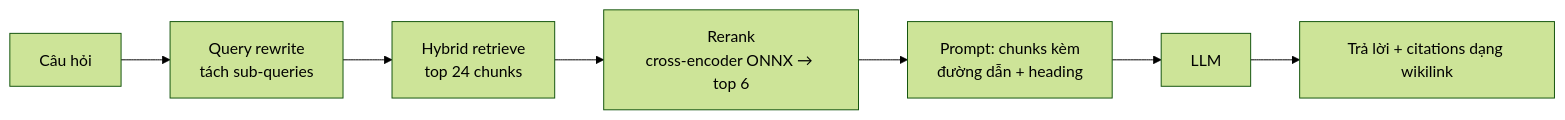
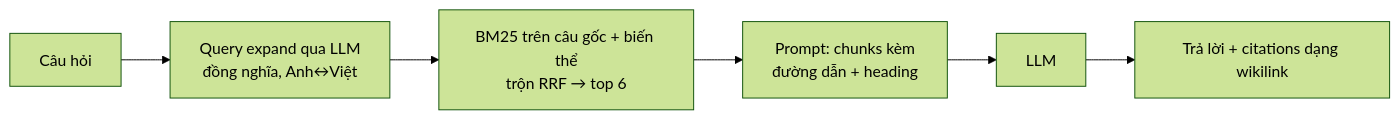
Before and after one commit to ngocp-0847/second-brain: the second of 2 diagrams in ARCHITECTURE.md, drawn with Mermaid (forest theme). The commit also changed other lines of this file and 39 other files, not shown here.

````diff
--- a/ARCHITECTURE.md
+++ b/ARCHITECTURE.md
@@ -208,9 +204,8 @@
 ```mermaid
 flowchart LR
-    Q[Câu hỏi] --> RW[Query rewrite<br/>tách sub-queries]
-    RW --> R[Hybrid retrieve<br/>top 24 chunks]
-    R --> RR[Rerank<br/>cross-encoder ONNX → top 6]
-    RR --> P[Prompt: chunks kèm<br/>đường dẫn + heading]
+    Q[Câu hỏi] --> RW[Query expand qua LLM<br/>đồng nghĩa, Anh↔Việt]
+    RW --> R[BM25 trên câu gốc + biến thể<br/>trộn RRF → top 6]
+    R --> P[Prompt: chunks kèm<br/>đường dẫn + heading]
     P --> LLM[LLM]
     LLM --> A[Trả lời + citations dạng wikilink]
 ```
````
